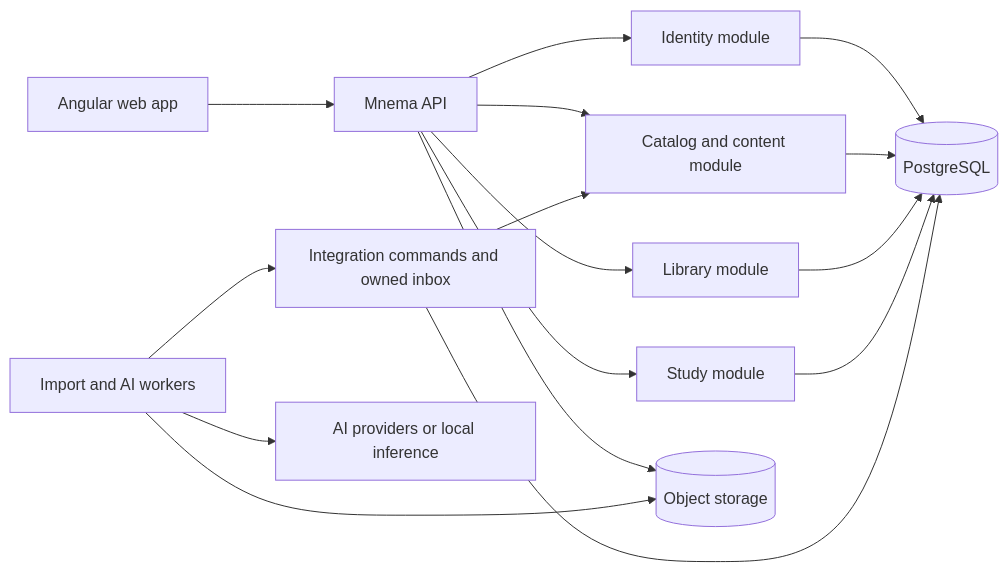
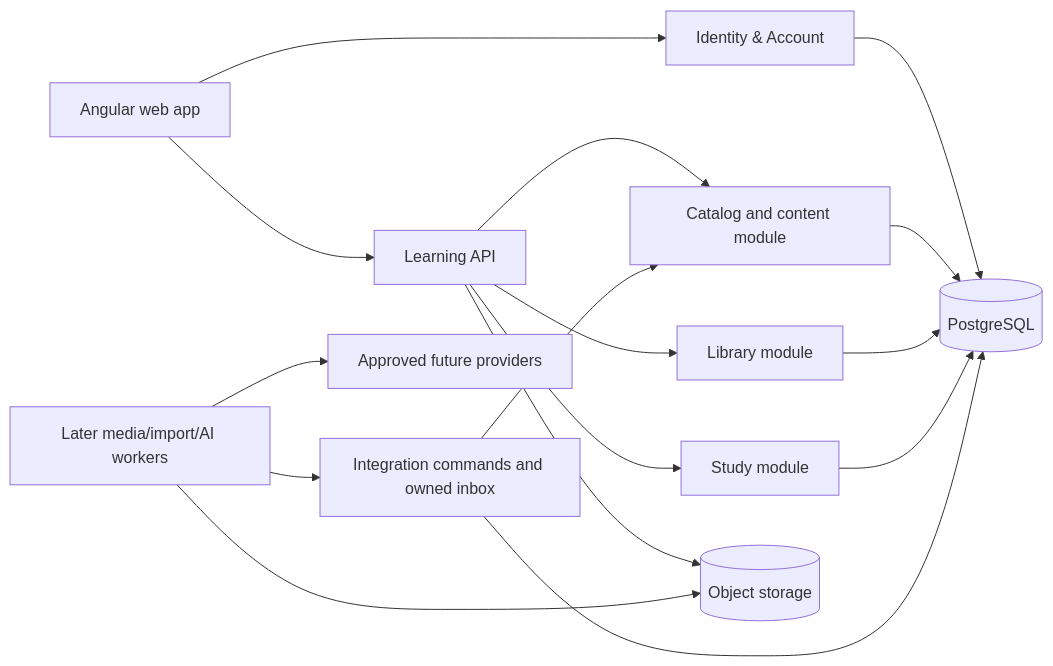
One commit to MattoYuzuru/Mnema changed the first of 4 diagrams in docs/architecture/content-platform-v2.md. Above: the diagram before and after it, drawn with Mermaid. The commit also changed other lines of this file and 18 other files, not shown here.

````diff
--- a/docs/architecture/content-platform-v2.md
+++ b/docs/architecture/content-platform-v2.md
@@ -96,18 +97,18 @@
 ```mermaid
 flowchart LR
-    Web[Angular web app] --> API[Mnema API]
-    API --> Auth[Identity module]
+    Web[Angular web app] --> Identity[Identity & Account]
+    Web --> API[Learning API]
     API --> Catalog[Catalog and content module]
     API --> Library[Library module]
     API --> Study[Study module]
-    Auth --> PG[(PostgreSQL)]
+    Identity --> PG[(PostgreSQL)]
     Catalog --> PG
     Library --> PG
     Study --> PG
     API --> S3[(Object storage)]
-    Worker[Import and AI workers] --> Integration[Integration commands and owned inbox]
+    Worker[Later media/import/AI workers] --> Integration[Integration commands and owned inbox]
     Integration --> Catalog
     Integration --> PG
     Worker --> S3
-    Worker --> Providers[AI providers or local inference]
+    Worker --> Providers[Approved future providers]
 ```
````
